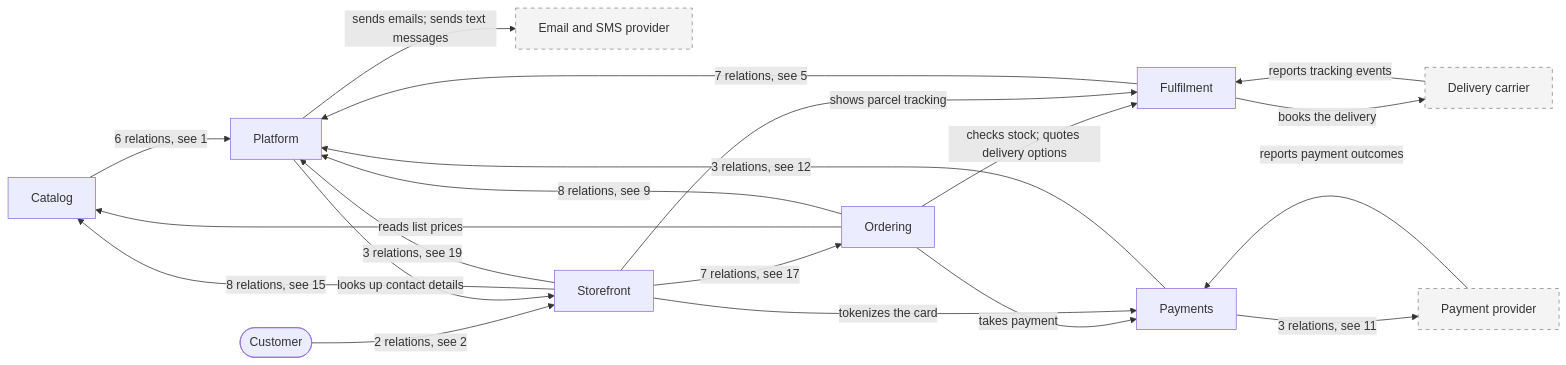
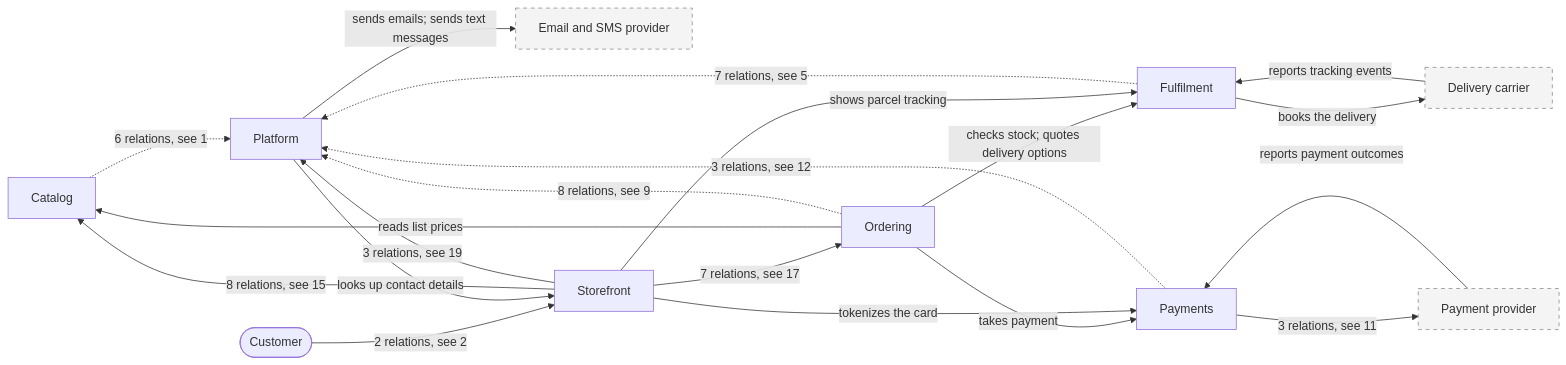
The diagram in examples/reference-system/views/mermaid/_landscape.md (shady2k/madarch), drawn with Mermaid before and after one commit. The commit also changed 28 other files, not shown here.

````diff
--- a/examples/reference-system/views/mermaid/_landscape.md
+++ b/examples/reference-system/views/mermaid/_landscape.md
@@ -3,34 +3,34 @@
 ```mermaid
 flowchart LR
   catalog["Catalog"]
   customer(["Customer"])
   delivery_carrier["Delivery carrier"]
   fulfilment["Fulfilment"]
   messaging_provider["Email and SMS provider"]
   ordering["Ordering"]
   payment_provider["Payment provider"]
   payments["Payments"]
   platform["Platform"]
   storefront["Storefront"]
-  catalog -->|"6 relations, see 1"| platform
+  catalog -.->|"6 relations, see 1"| platform
   customer -->|"2 relations, see 2"| storefront
   delivery_carrier -->|"reports tracking events"| fulfilment
   fulfilment -->|"books the delivery"| delivery_carrier
-  fulfilment -->|"7 relations, see 5"| platform
+  fulfilment -.->|"7 relations, see 5"| platform
   ordering -->|"reads list prices"| catalog
   ordering -->|"checks stock; quotes delivery options"| fulfilment
   ordering -->|"takes payment"| payments
-  ordering -->|"8 relations, see 9"| platform
+  ordering -.->|"8 relations, see 9"| platform
   payment_provider -->|"reports payment outcomes"| payments
   payments -->|"3 relations, see 11"| payment_provider
-  payments -->|"3 relations, see 12"| platform
+  payments -.->|"3 relations, see 12"| platform
   platform -->|"sends emails; sends text messages"| messaging_provider
   platform -->|"looks up contact details"| storefront
   storefront -->|"8 relations, see 15"| catalog
   storefront -->|"shows parcel tracking"| fulfilment
   storefront -->|"7 relations, see 17"| ordering
   storefront -->|"tokenizes the card"| payments
   storefront -->|"3 relations, see 19"| platform
   classDef external fill:#f4f4f4,stroke:#888888,stroke-dasharray:5 5
   class delivery_carrier,messaging_provider,payment_provider external
 ```
````
